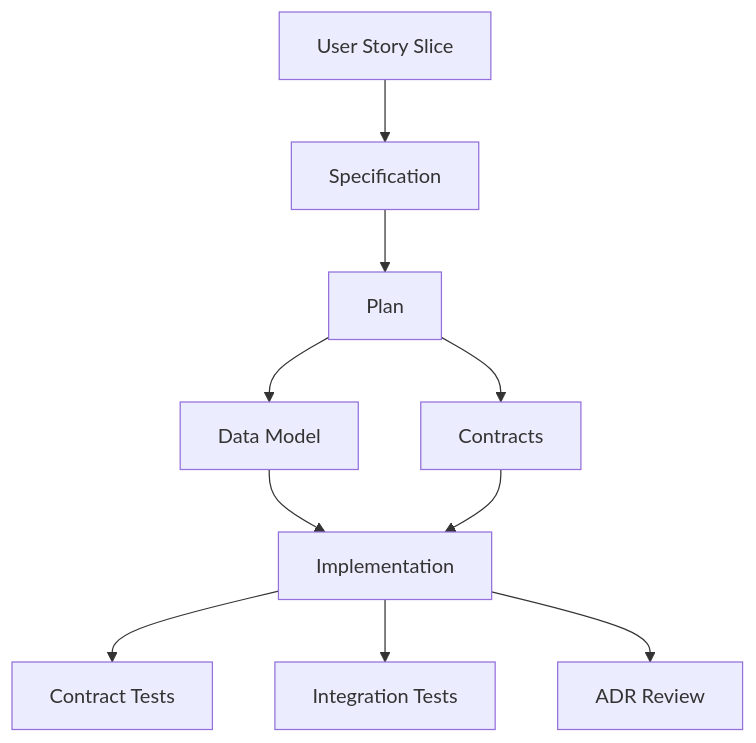
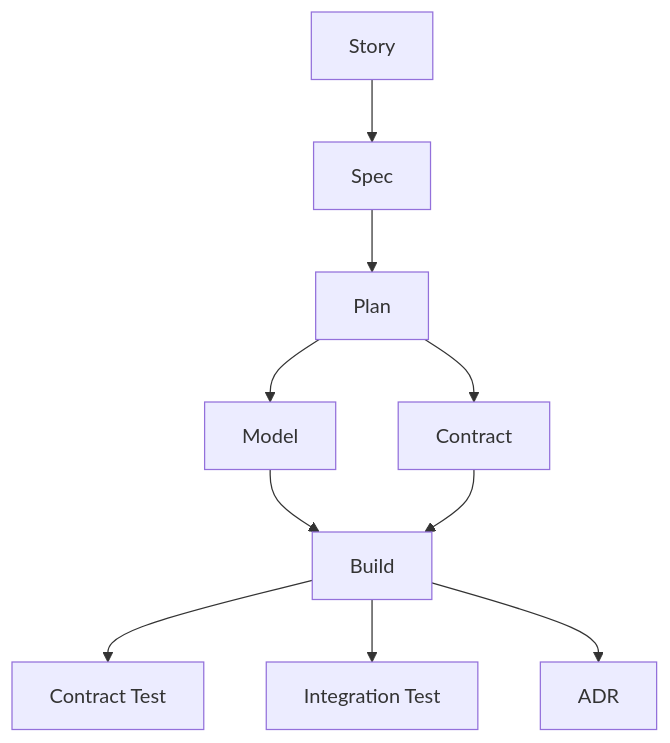
One commit to dotnetspark/p2p-api changed the second of 7 diagrams in README.md. Above: the diagram before and after it, drawn with Mermaid. The commit also changed other lines of this file and 1 other file, not shown here.

Commit message:
fix(readme): simplify first Mermaid flowcharts (#28)

````diff
--- a/README.md
+++ b/README.md
@@ -73,12 +73,12 @@
 ```mermaid
 flowchart TD
-  A[User Story Slice] --> B[Specification]
-  B --> C[Plan]
-  C --> D[Data Model]
-  C --> E[Contracts]
-  D --> F[Implementation]
-  E --> F
-  F --> G[Contract Tests]
-  F --> H[Integration Tests]
-  F --> I[ADR Review]
+    A[Story] --> B[Spec]
+    B --> C[Plan]
+    C --> D[Model]
+    C --> E[Contract]
+    D --> F[Build]
+    E --> F
+    F --> G[Contract Test]
+    F --> H[Integration Test]
+    F --> I[ADR]
 ```
````
